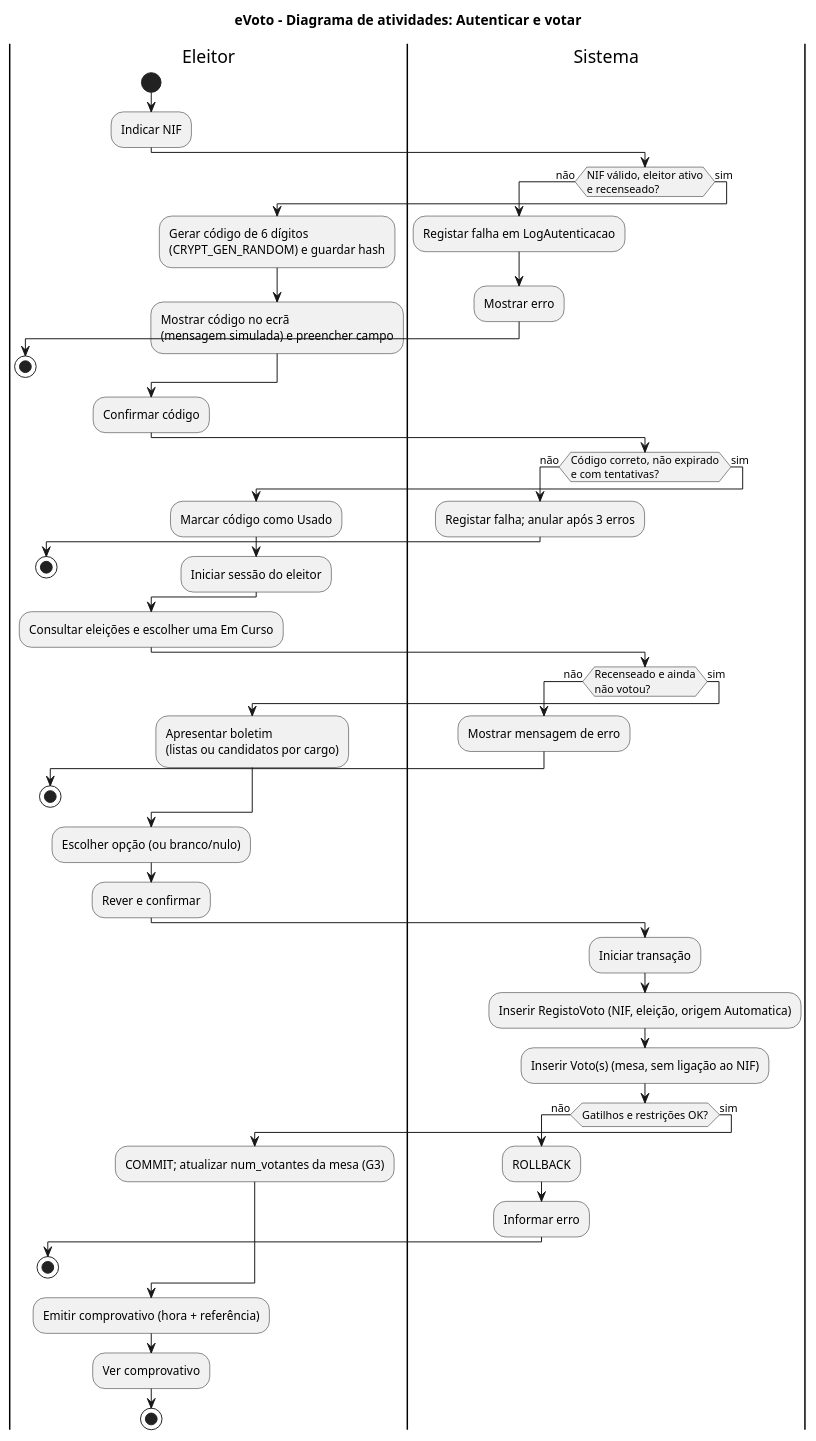
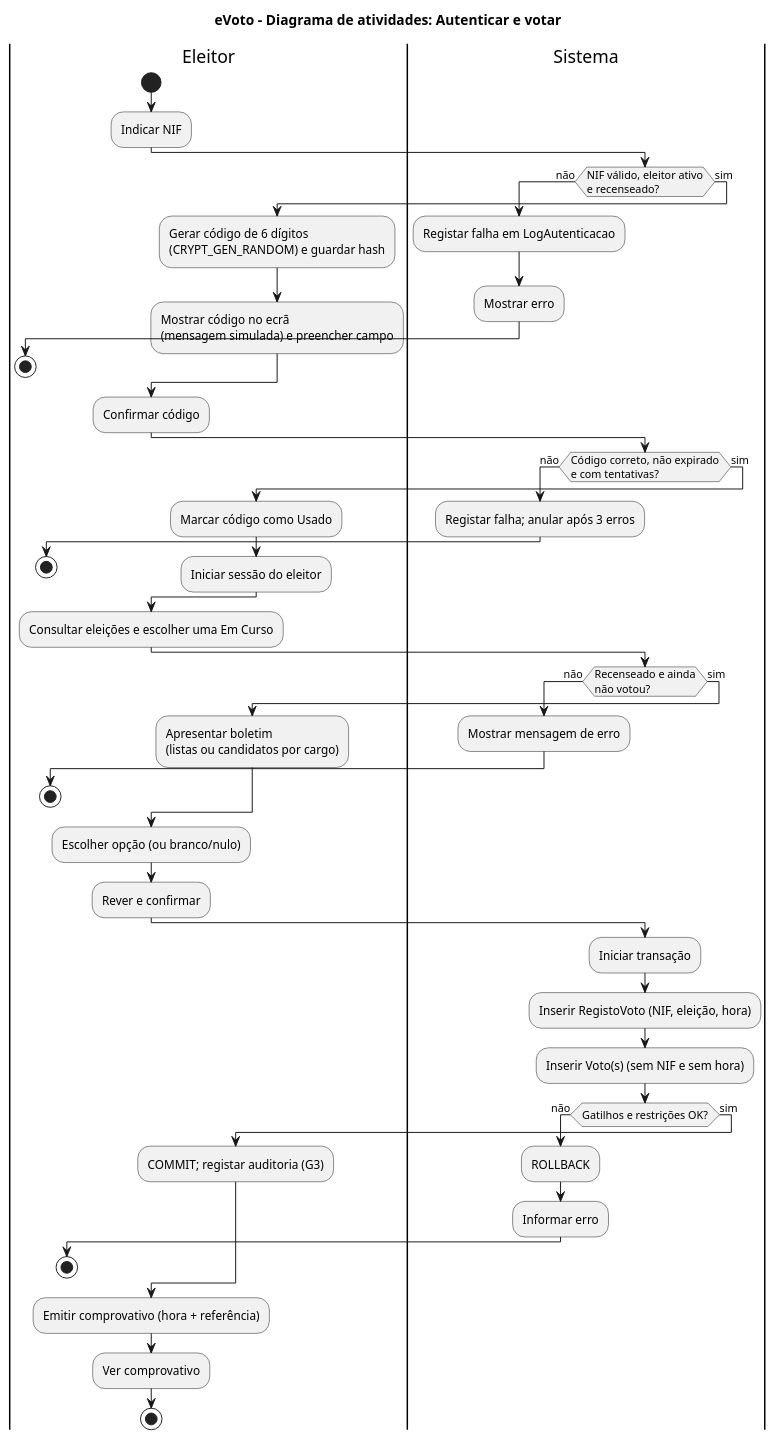
The diagram in docs/uml/02_atividade_votar.puml (Prreira/BDD_Project), drawn with PlantUML before and after one commit. The commit also changed 25 other files, not shown here.

```diff
--- a/docs/uml/02_atividade_votar.puml
+++ b/docs/uml/02_atividade_votar.puml
@@ -1,56 +1,56 @@
 @startuml
 title eVoto - Diagrama de atividades: Autenticar e votar
 |Eleitor|
 start
 :Indicar NIF;
 |Sistema|
 if (NIF válido, eleitor ativo\ne recenseado?) then (não)
   :Registar falha em LogAutenticacao;
   :Mostrar erro;
   |Eleitor|
   stop
 else (sim)
   :Gerar código de 6 dígitos\n(CRYPT_GEN_RANDOM) e guardar hash;
   :Mostrar código no ecrã\n(mensagem simulada) e preencher campo;
 endif
 |Eleitor|
 :Confirmar código;
 |Sistema|
 if (Código correto, não expirado\ne com tentativas?) then (não)
   :Registar falha; anular após 3 erros;
   |Eleitor|
   stop
 else (sim)
   :Marcar código como Usado;
   :Iniciar sessão do eleitor;
 endif
 |Eleitor|
 :Consultar eleições e escolher uma Em Curso;
 |Sistema|
 if (Recenseado e ainda\nnão votou?) then (não)
   :Mostrar mensagem de erro;
   |Eleitor|
   stop
 else (sim)
   :Apresentar boletim\n(listas ou candidatos por cargo);
 endif
 |Eleitor|
 :Escolher opção (ou branco/nulo);
 :Rever e confirmar;
 |Sistema|
 :Iniciar transação;
-:Inserir RegistoVoto (NIF, eleição, origem Automatica);
-:Inserir Voto(s) (mesa, sem ligação ao NIF);
+:Inserir RegistoVoto (NIF, eleição, hora);
+:Inserir Voto(s) (sem NIF e sem hora);
 if (Gatilhos e restrições OK?) then (não)
   :ROLLBACK;
   :Informar erro;
   |Eleitor|
   stop
 else (sim)
-  :COMMIT; atualizar num_votantes da mesa (G3);
+  :COMMIT; registar auditoria (G3);
 endif
 :Emitir comprovativo (hora + referência);
 |Eleitor|
 :Ver comprovativo;
 stop
 @enduml
```
